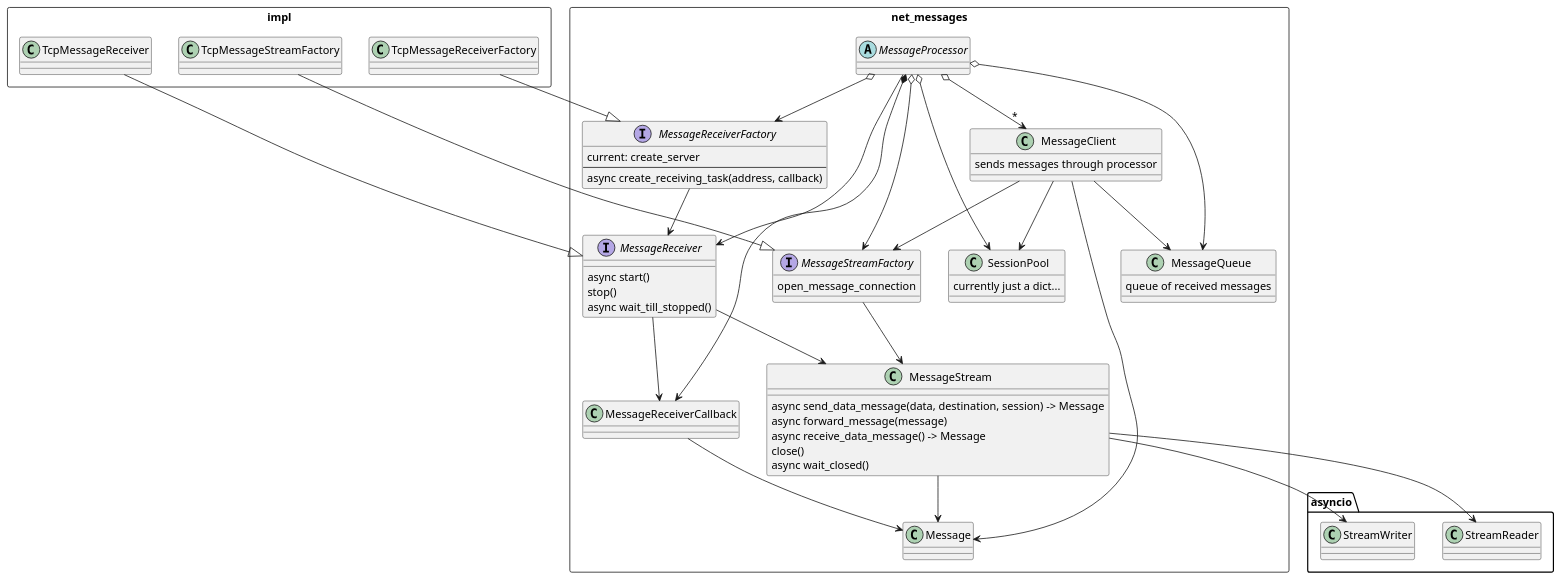
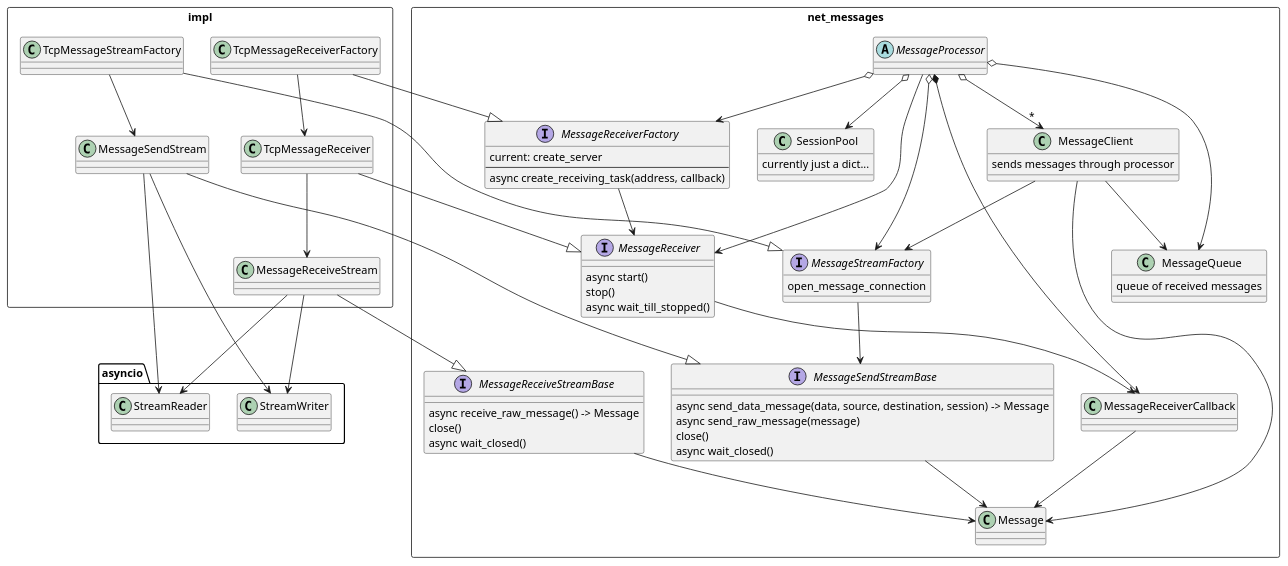
The diagram in docs/source/diagrams/messages.puml (pedohorse/lifeblood), drawn with PlantUML before and after one commit.

Commit message:
updated diagram

```diff
--- a/docs/source/diagrams/messages.puml
+++ b/docs/source/diagrams/messages.puml
@@ -1,83 +1,102 @@
 @startuml
 
 
 
 rectangle "net_messages"{
   'class MessageData << (D,lightblue) >>
   class MessageClient{
     sends messages through processor
   }
 
-
-  class MessageStream{
-    async send_data_message(data, destination, session) -> Message
-    async forward_message(message)
-    async receive_data_message() -> Message
-    close()
-    async wait_closed()
-  }
   interface MessageReceiver{
     async start()
     stop()
     async wait_till_stopped()
   }
   class MessageReceiverCallback
   abstract MessageProcessor
   
   'interface IMessage
   class Message
 
   class SessionPool{
     currently just a dict...
   }
   class MessageQueue{
     queue of received messages
   }
 
   interface MessageStreamFactory{
     open_message_connection
   }
   interface MessageReceiverFactory{
     current: create_server
     --
     async create_receiving_task(address, callback)
   }
+  interface MessageSendStreamBase{
+    async send_data_message(data, source, destination, session) -> Message
+    async send_raw_message(message)
+    close()
+    async wait_closed()
+  }
+  interface MessageReceiveStreamBase{
+    async receive_raw_message() -> Message
+    close()
+    async wait_closed()
+  }
 }
 
 'Message --|> IMessage
 
 MessageClient --> Message
 MessageClient --> MessageStreamFactory
-MessageClient --> SessionPool
 MessageClient --> MessageQueue
 'MessageClient --> MessageData
 
 MessageProcessor o--> MessageReceiverFactory
 MessageProcessor o--> MessageStreamFactory
 MessageProcessor o--> SessionPool
 MessageProcessor o--> MessageQueue
 MessageProcessor o--> "*" MessageClient
 MessageProcessor --> MessageReceiver
 MessageProcessor *--> MessageReceiverCallback
 
 MessageReceiverCallback --> Message
 
 MessageReceiverFactory --> MessageReceiver
 
 MessageReceiver --> MessageReceiverCallback
-MessageReceiver --> MessageStream
 
-MessageStreamFactory --> MessageStream
+MessageStreamFactory --> MessageSendStreamBase
 
-MessageStream --> Message
-MessageStream --> asyncio.StreamReader
-MessageStream --> asyncio.StreamWriter
+MessageSendStreamBase --> Message
+MessageReceiveStreamBase --> Message
+
+
+class asyncio.StreamReader
+class asyncio.StreamWriter
 
 rectangle impl {
   'TcpMessageSender --|> MessageStream
   TcpMessageReceiver --|> MessageReceiver
   TcpMessageStreamFactory --|> MessageStreamFactory
   TcpMessageReceiverFactory --|> MessageReceiverFactory
+
+  MessageSendStream --|> MessageSendStreamBase
+  MessageReceiveStream --|> MessageReceiveStreamBase
+
+  TcpMessageReceiverFactory --> TcpMessageReceiver
+  TcpMessageReceiver --> MessageReceiveStream
+
+  TcpMessageStreamFactory --> MessageSendStream
+
+  MessageSendStream --> asyncio.StreamReader
+  MessageSendStream --> asyncio.StreamWriter
+  MessageReceiveStream --> asyncio.StreamReader
+  MessageReceiveStream --> asyncio.StreamWriter
+
+  
 }
 
 @enduml
```
